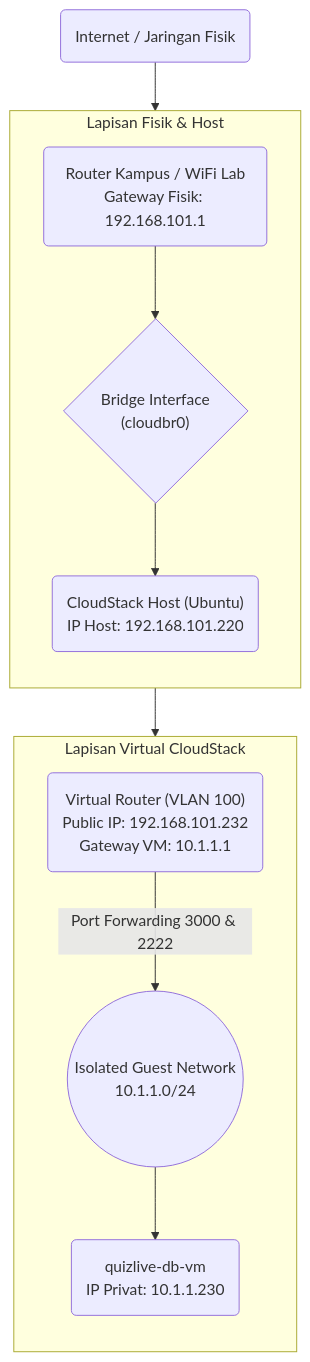
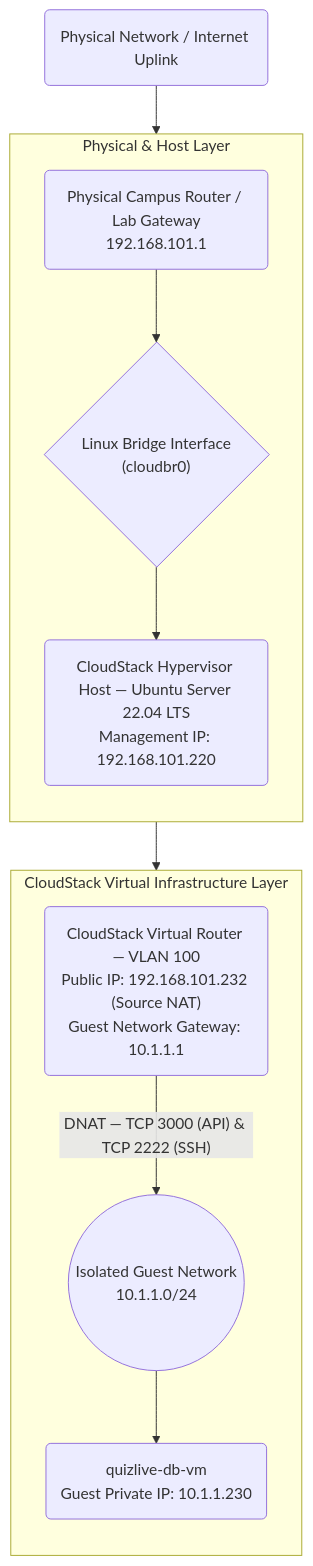
The third of 3 diagrams in README.md (DHard4114/CloudStack-5), drawn with Mermaid before and after one commit. The commit also changed other lines of this file and 3 other files, not shown here.

````diff
--- a/README.md
+++ b/README.md
@@ -168,25 +171,25 @@
 ```mermaid
 flowchart TD
-    INET("Internet / Jaringan Fisik")
+    INET("Physical Network / Internet Uplink")
 
-    subgraph Physical [Lapisan Fisik & Host]
+    subgraph Physical ["Physical & Host Layer"]
         direction TB
-        RTR("Router Kampus / WiFi Lab<br/>Gateway Fisik: 192.168.101.1")
-        BR{"Bridge Interface<br/>(cloudbr0)"}
-        HOST("CloudStack Host (Ubuntu)<br/>IP Host: 192.168.101.220")
+        RTR("Physical Campus Router / Lab Gateway<br/>192.168.101.1")
+        BR{"Linux Bridge Interface<br/>(cloudbr0)"}
+        HOST("CloudStack Hypervisor Host — Ubuntu Server 22.04 LTS<br/>Management IP: 192.168.101.220")
     end
 
-    subgraph Virtual [Lapisan Virtual CloudStack]
+    subgraph Virtual ["CloudStack Virtual Infrastructure Layer"]
         direction TB
-        VR("Virtual Router (VLAN 100)<br/>Public IP: 192.168.101.232<br/>Gateway VM: 10.1.1.1")
+        VR("CloudStack Virtual Router — VLAN 100<br/>Public IP: 192.168.101.232 (Source NAT)<br/>Guest Network Gateway: 10.1.1.1")
         ISONET(("Isolated Guest Network<br/>10.1.1.0/24"))
-        VM("quizlive-db-vm<br/>IP Privat: 10.1.1.230")
+        VM("quizlive-db-vm<br/>Guest Private IP: 10.1.1.230")
     end
 
     INET --> RTR
     RTR --> BR
     BR --> HOST
     HOST --> VR
-    VR -->|Port Forwarding 3000 & 2222| ISONET
+    VR -->|"DNAT — TCP 3000 (API) & TCP 2222 (SSH)"| ISONET
     ISONET --> VM
 ```
````
